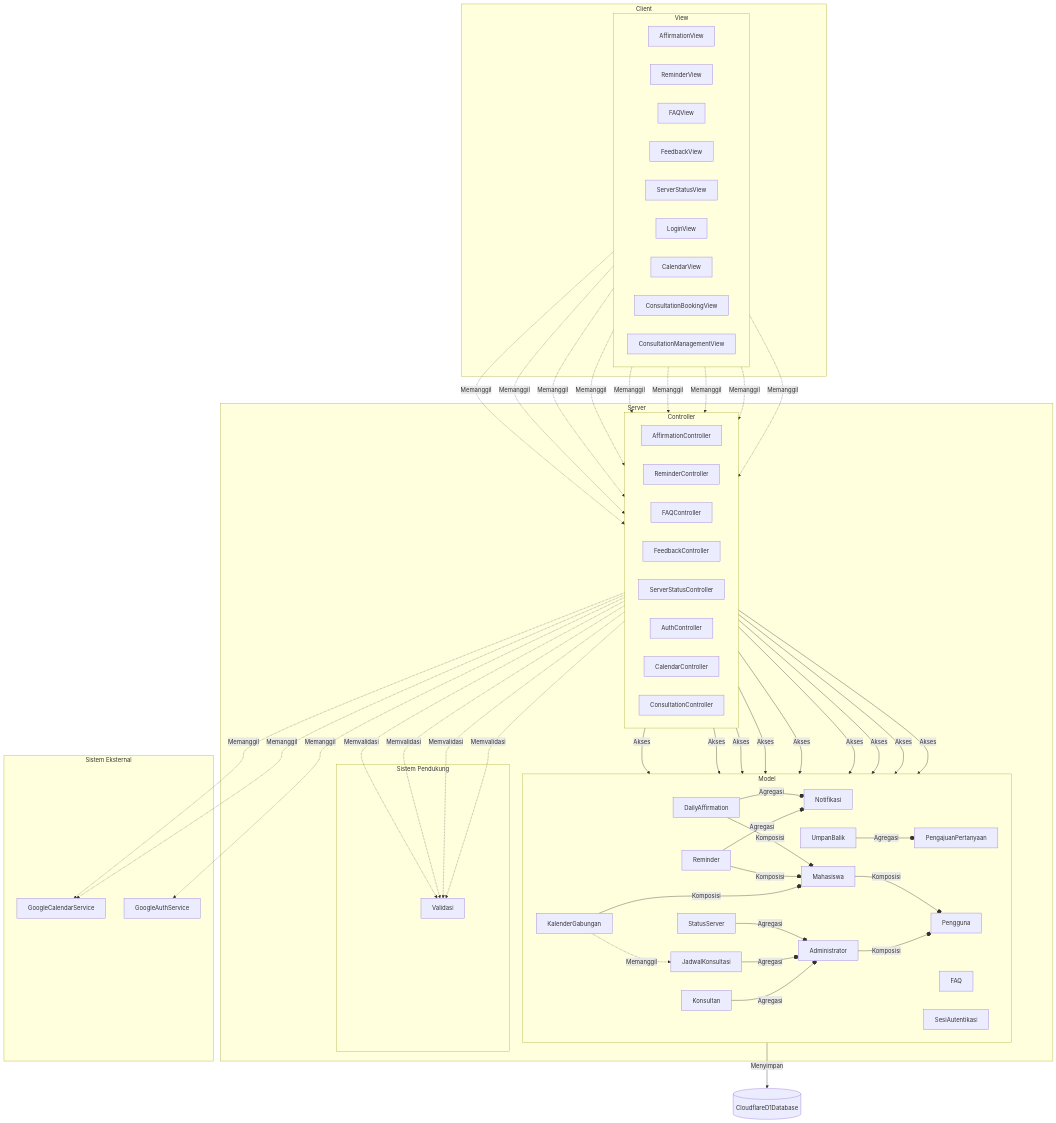
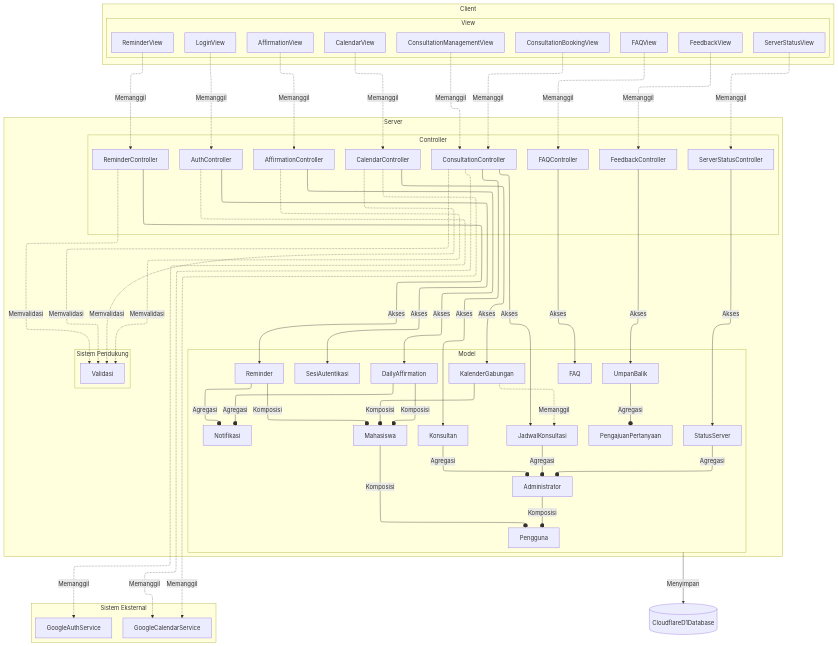
One commit to sbxte/IF2150-RPL-K01-G04 changed the second of 2 diagrams in docs/M6/K01_G04_APL.md. Above: the diagram before and after it, drawn with Mermaid. The commit also changed other lines of this file, not shown here.

Commit message:
docs: use elk layout for mermaid diagrams

````diff
--- a/docs/M6/K01_G04_APL.md
+++ b/docs/M6/K01_G04_APL.md
@@ -178,4 +182,8 @@
 ```mermaid
+---
+config:
+  layout: elk
+---
 flowchart TB
     subgraph CLIENT["Client"]
     subgraph VIEW["View"]
````
